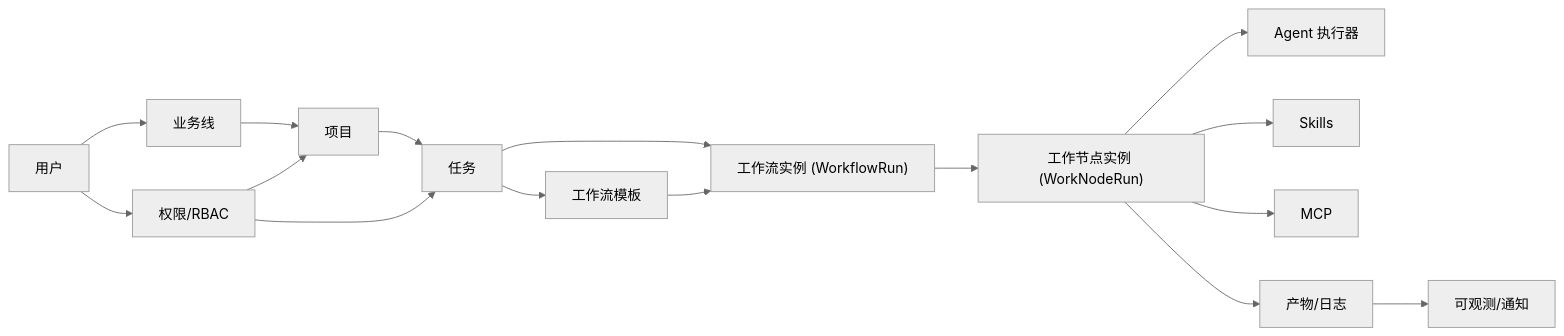
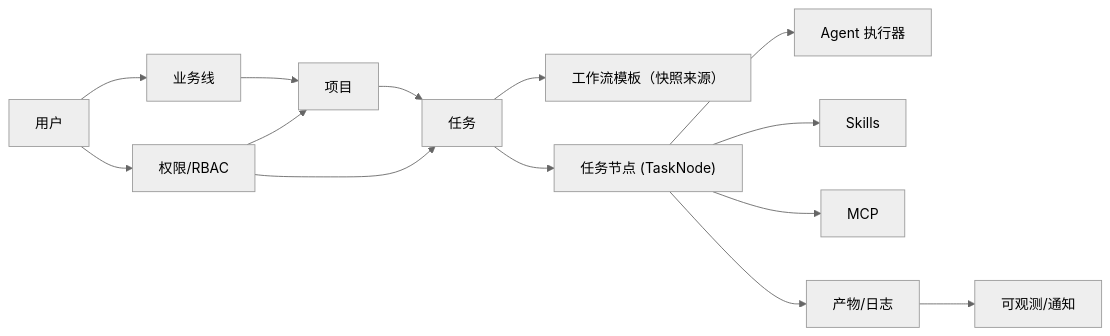
Before and after one commit to Whisper24X/personal: the third of 13 diagrams in docs/ainative-requirement-design.md, drawn with Mermaid (neutral theme). The commit also changed other lines of this file, not shown here.

First line of the commit message:
docs: update requirement design for task and workflow management

````diff
--- a/docs/ainative-requirement-design.md
+++ b/docs/ainative-requirement-design.md
@@ -149,18 +151,16 @@
 ```mermaid
 flowchart LR
   BL["业务线"] --> P["项目"]
   U["用户"] --> BL
   P --> T["任务"]
-  T --> WT["工作流模板"]
-  T --> WR["工作流实例 (WorkflowRun)"]
-  WT --> WR
-  WR --> NR["工作节点实例 (WorkNodeRun)"]
-  NR --> A["Agent 执行器"]
-  NR --> S["Skills"]
-  NR --> M["MCP"]
-  NR --> ART["产物/日志"]
+  T --> WT["工作流模板（快照来源）"]
+  T --> TN["任务节点 (TaskNode)"]
+  TN --> A["Agent 执行器"]
+  TN --> S["Skills"]
+  TN --> M["MCP"]
+  TN --> ART["产物/日志"]
   ART --> OBS["可观测/通知"]
   U --> R["权限/RBAC"]
   R --> P
   R --> T
 ```
````
